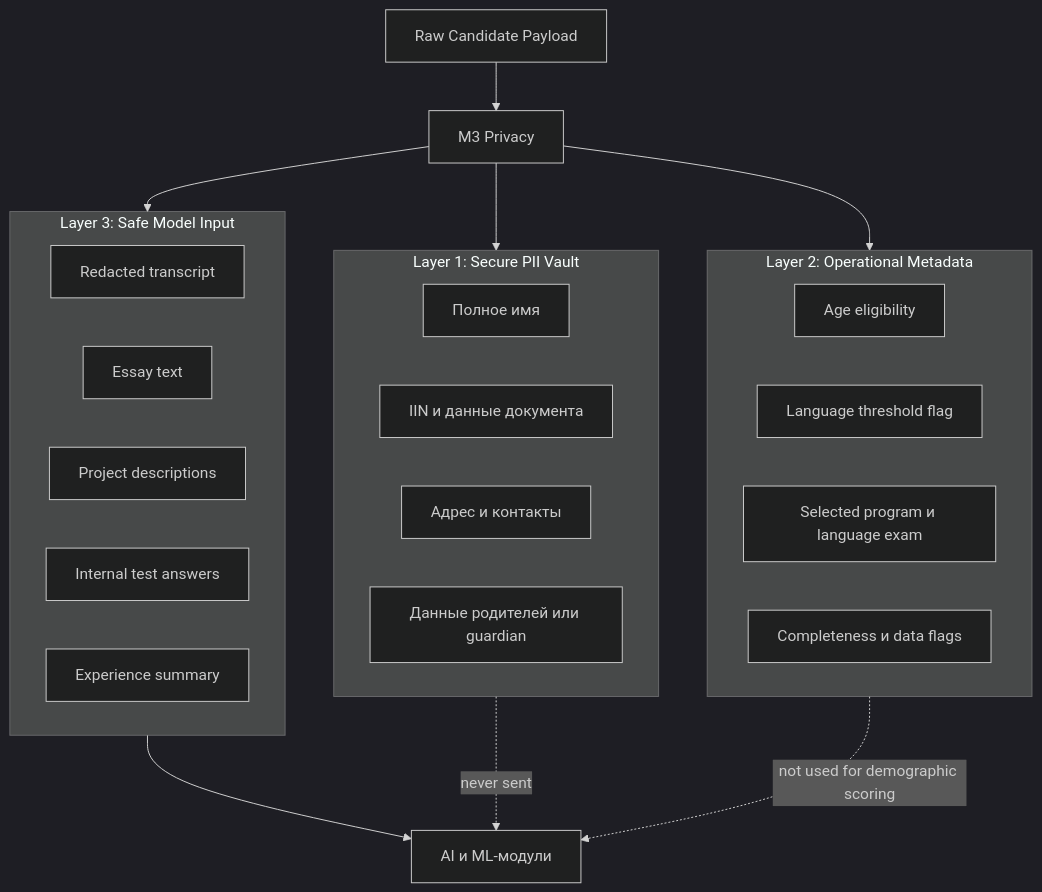
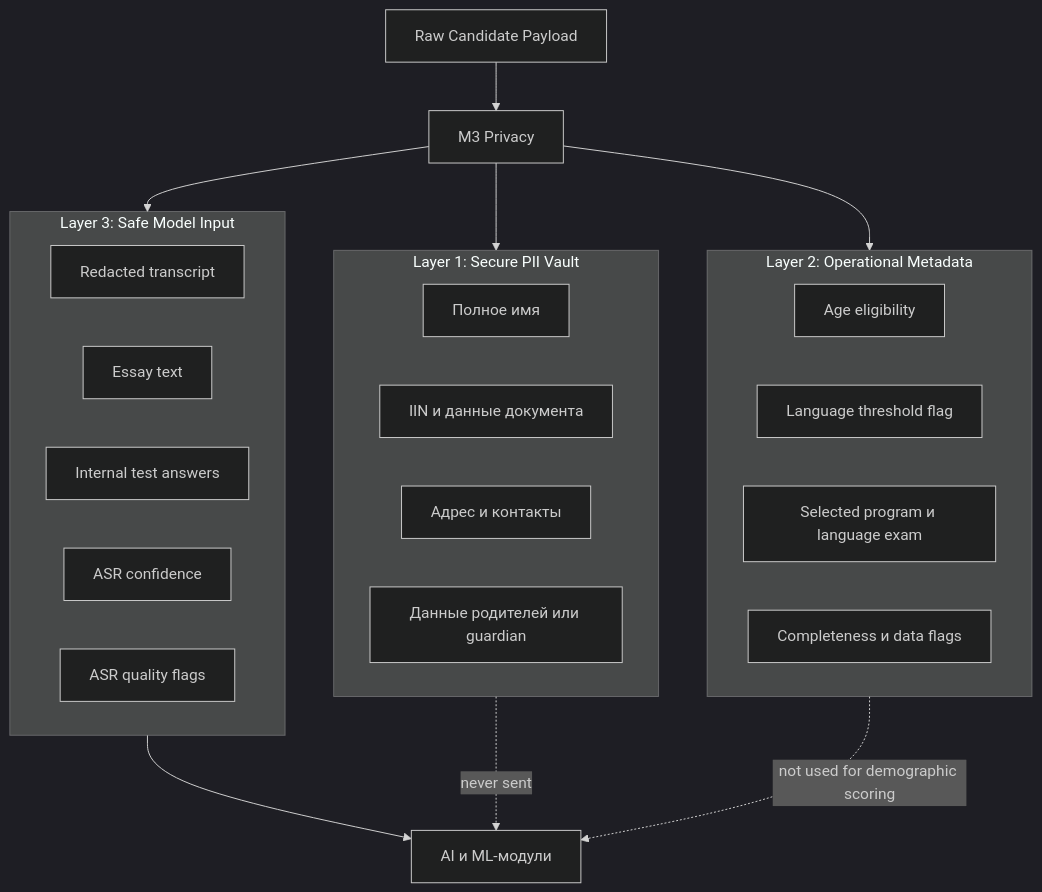
One commit to alenisaw/invision_u_Vi-Ka changed the second of 3 diagrams in docs/rus/ARCHITECTURE.md. Above: the diagram before and after it, drawn with Mermaid (dark theme). The commit also changed other lines of this file and 54 other files, not shown here.

````diff
--- a/docs/rus/ARCHITECTURE.md
+++ b/docs/rus/ARCHITECTURE.md
@@ -204,38 +204,38 @@
 ```mermaid
 flowchart TD
     Raw["Raw Candidate Payload"]
     Privacy["M3 Privacy"]
 
     subgraph Layer1["Layer 1: Secure PII Vault"]
         PII1["Полное имя"]
         PII2["IIN и данные документа"]
         PII3["Адрес и контакты"]
         PII4["Данные родителей или guardian"]
     end
 
     subgraph Layer2["Layer 2: Operational Metadata"]
         META1["Age eligibility"]
         META2["Language threshold flag"]
         META3["Selected program и language exam"]
         META4["Completeness и data flags"]
     end
 
     subgraph Layer3["Layer 3: Safe Model Input"]
         SAFE1["Redacted transcript"]
         SAFE2["Essay text"]
-        SAFE3["Project descriptions"]
-        SAFE4["Internal test answers"]
-        SAFE5["Experience summary"]
+        SAFE3["Internal test answers"]
+        SAFE4["ASR confidence"]
+        SAFE5["ASR quality flags"]
     end
 
     AI["AI и ML-модули"]
 
     Raw --> Privacy
     Privacy --> Layer1
     Privacy --> Layer2
     Privacy --> Layer3
     Layer3 --> AI
 
     Layer1 -. never sent .-> AI
     Layer2 -. not used for demographic scoring .-> AI
 ```
````
